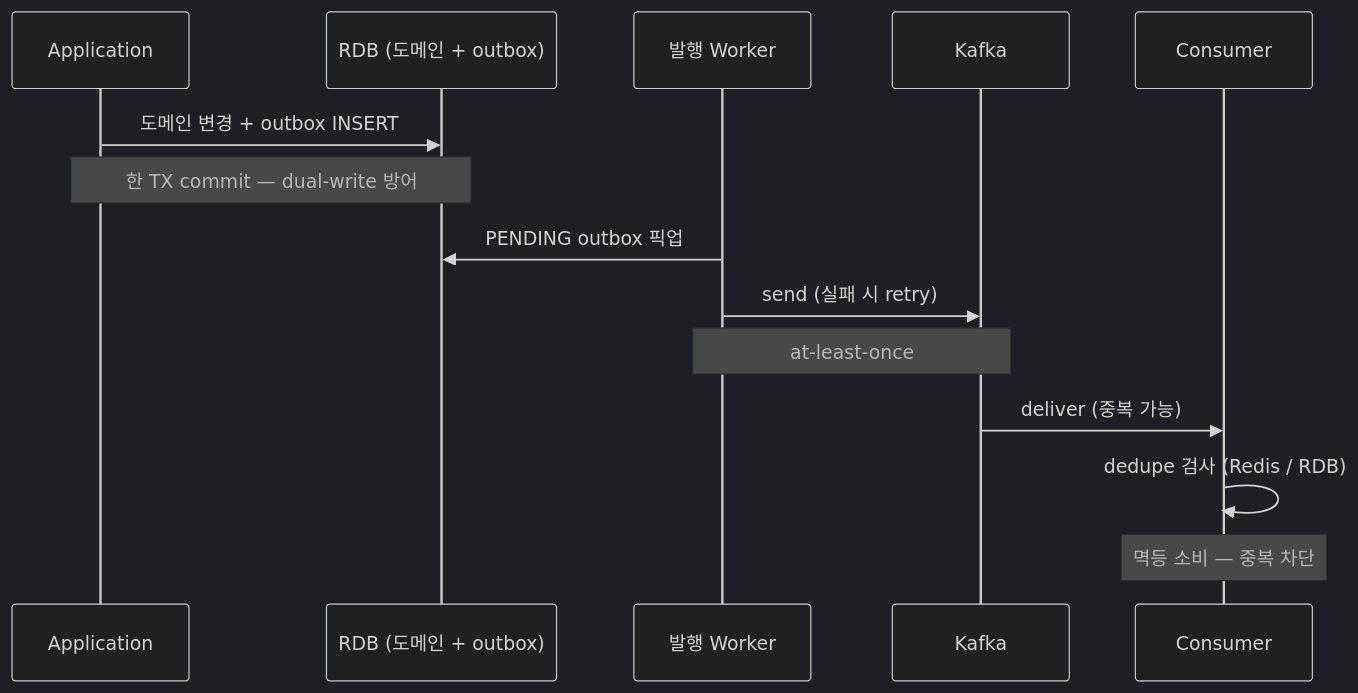
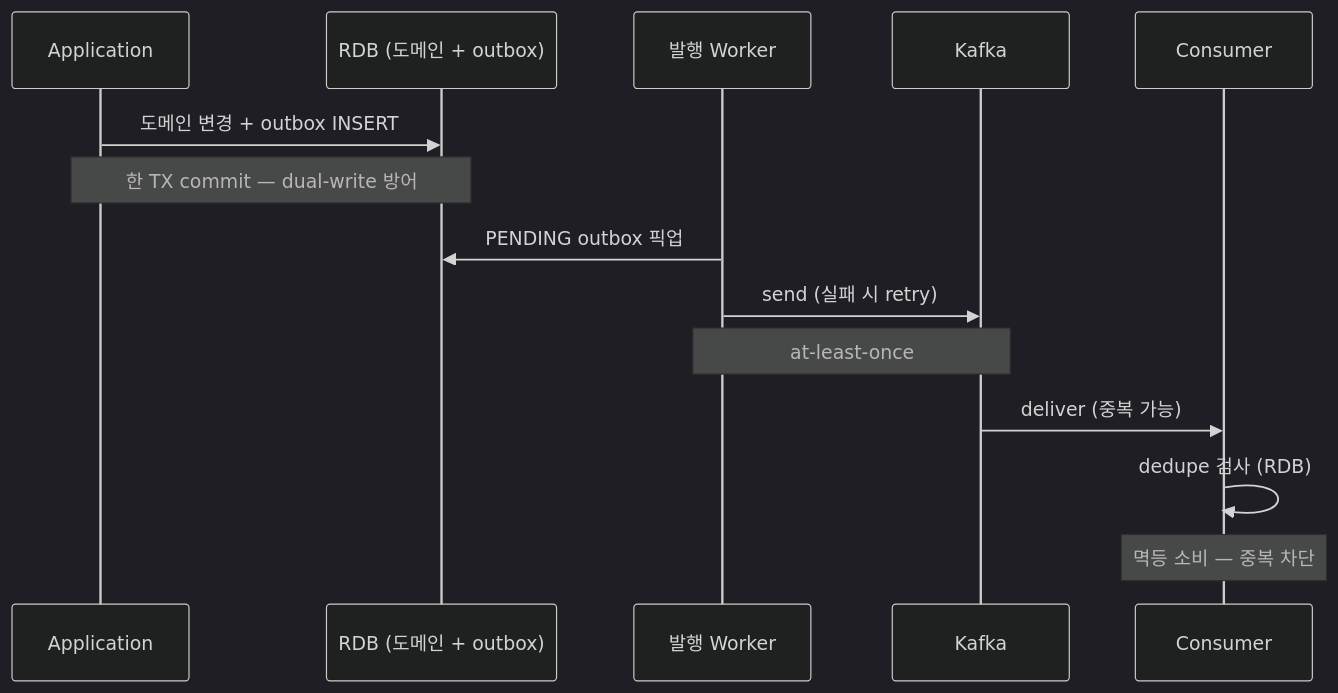
One commit to hyoguoo/payment-platform changed the second of 9 diagrams in README.md. Above: the diagram before and after it, drawn with Mermaid (dark theme). The commit also changed other lines of this file and 10 other files, not shown here.

````diff
--- a/README.md
+++ b/README.md
@@ -124,16 +122,16 @@
 ```mermaid
 sequenceDiagram
     participant App as Application
     participant DB as RDB (도메인 + outbox)
     participant W as 발행 Worker
     participant K as Kafka
     participant Sub as Consumer
     App ->> DB: 도메인 변경 + outbox INSERT
     Note over App,DB: 한 TX commit — dual-write 방어
     W ->> DB: PENDING outbox 픽업
     W ->> K: send (실패 시 retry)
     Note over W,K: at-least-once
     K ->> Sub: deliver (중복 가능)
-    Sub ->> Sub: dedupe 검사 (Redis / RDB)
+    Sub ->> Sub: dedupe 검사 (RDB)
     Note over Sub: 멱등 소비 — 중복 차단
 ```
````
